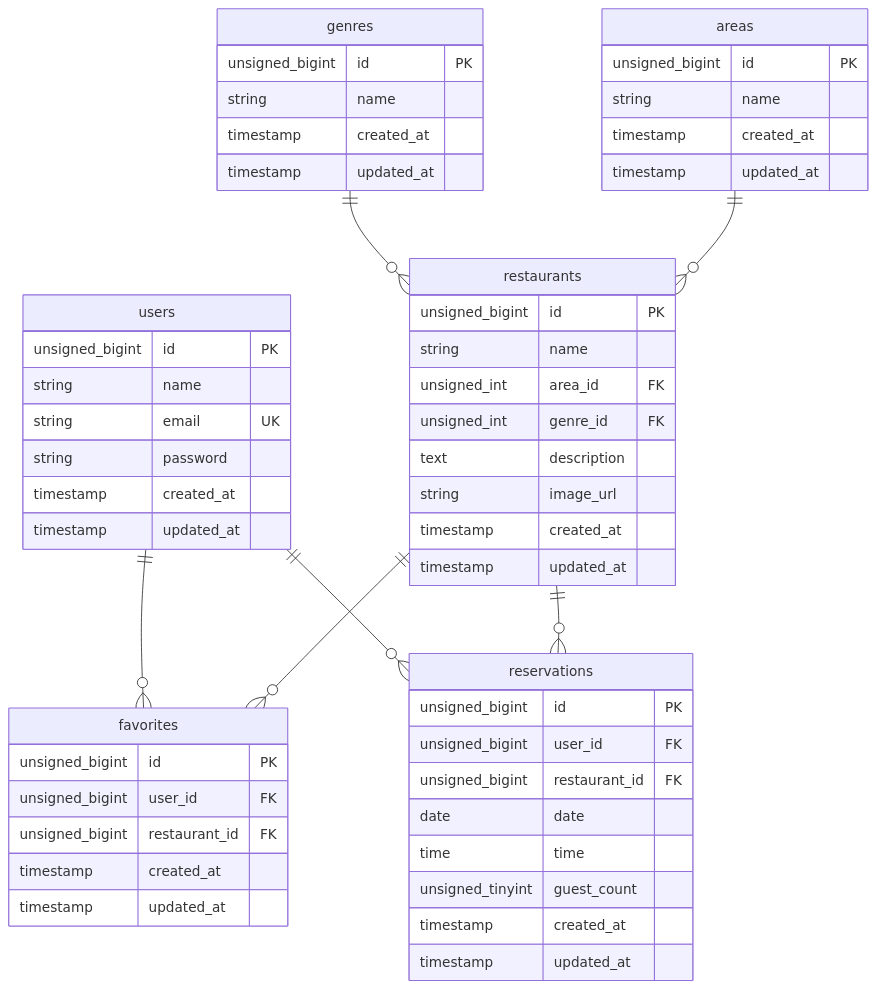
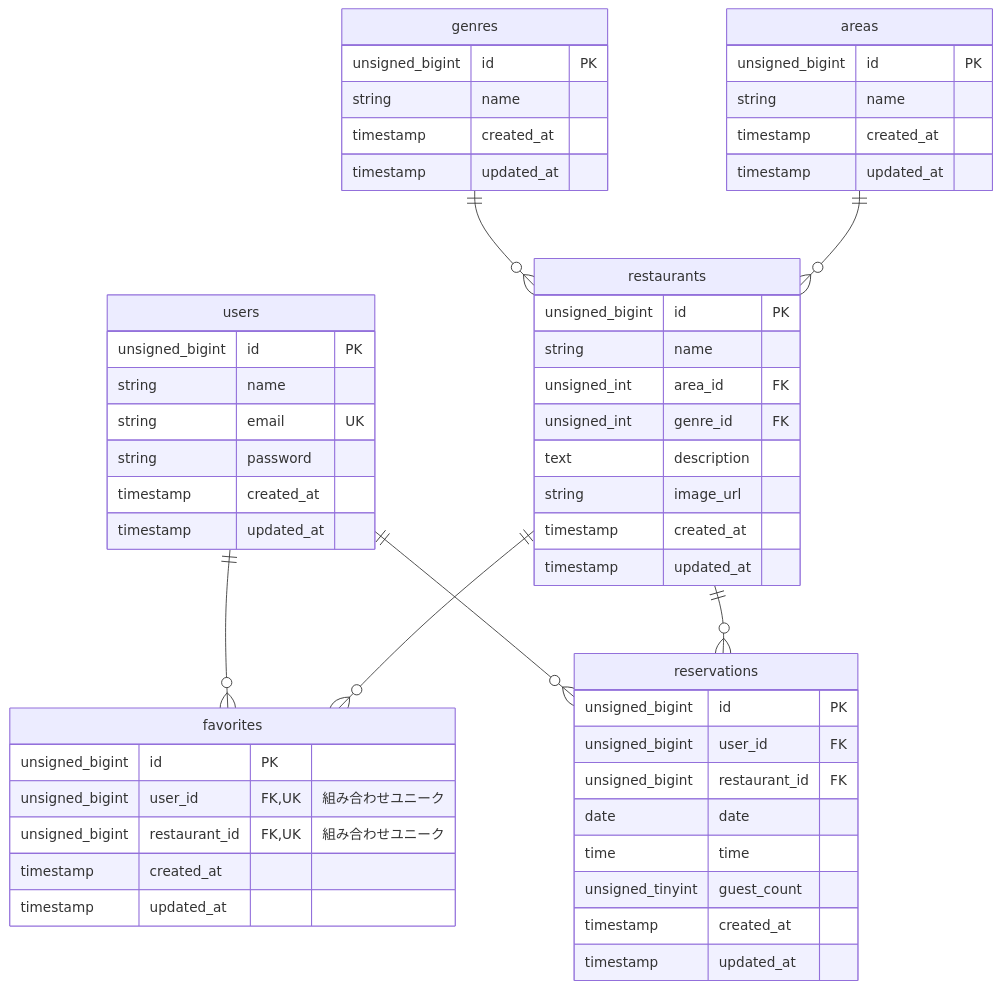
One commit to itoro967/Rese changed the diagram in README.md. Above: the diagram before and after it, drawn with Mermaid. The commit also changed other lines of this file and 1 other file, not shown here.

````diff
--- a/README.md
+++ b/README.md
@@ -21,57 +34,57 @@
 ```mermaid
 erDiagram
 
 users ||--o{ favorites:""
 restaurants ||--o{ favorites:""
 users ||--o{ reservations:""
 restaurants ||--o{ reservations:""
 genres ||--o{ restaurants:""
 areas ||--o{ restaurants:""
 users{
     unsigned_bigint id PK
     string name
     string email UK
     string password
     timestamp created_at
     timestamp updated_at
 }
 favorites{
     unsigned_bigint id PK
-    unsigned_bigint user_id FK
-    unsigned_bigint restaurant_id FK
+    unsigned_bigint user_id FK,UK "組み合わせユニーク"
+    unsigned_bigint restaurant_id FK,UK "組み合わせユニーク"
     timestamp created_at
     timestamp updated_at
 }
 reservations{
     unsigned_bigint id PK
     unsigned_bigint user_id FK
     unsigned_bigint restaurant_id FK
     date date
     time time
     unsigned_tinyint guest_count
     timestamp created_at
     timestamp updated_at
 }
 restaurants{
     unsigned_bigint id PK
     string name
     unsigned_int area_id FK
     unsigned_int genre_id FK
     text description
     string image_url
     timestamp created_at
     timestamp updated_at
 }
 genres{
     unsigned_bigint id PK
     string name
     timestamp created_at
     timestamp updated_at
 }
 areas{
     unsigned_bigint id PK
     string name
     timestamp created_at
     timestamp updated_at
 }
 ```
````
